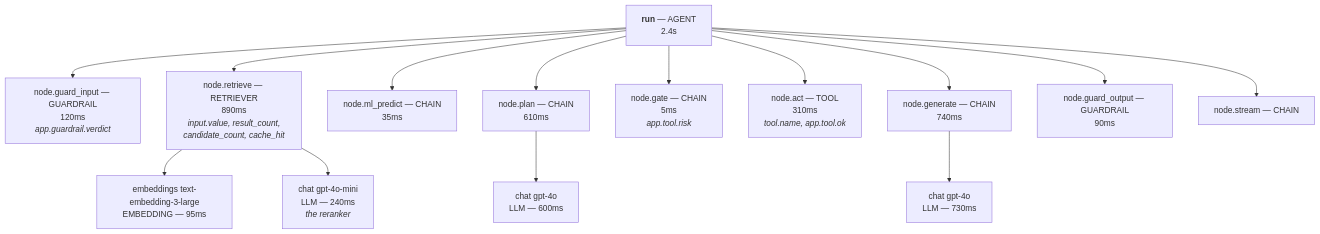
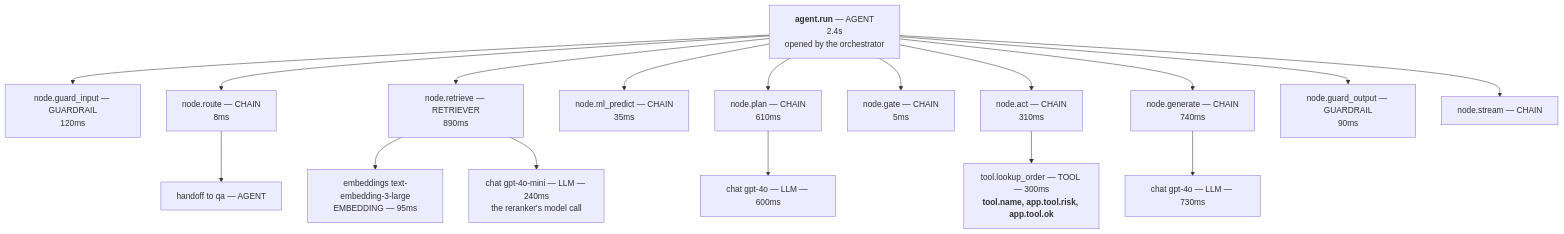
Before and after one commit to yrevash/aegis: the first of 5 diagrams in docs/teaching/observability/40-diagrams.md, drawn with Mermaid. The commit also changed other lines of this file and 111 other files, not shown here.

````diff
--- a/docs/teaching/observability/40-diagrams.md
+++ b/docs/teaching/observability/40-diagrams.md
@@ -36,19 +15,22 @@
 ```mermaid
 flowchart TB
-    RUN["<b>run</b> — AGENT<br/>2.4s"]
+    RUN["<b>agent.run</b> — AGENT<br/>2.4s<br/>opened by the orchestrator"]
 
-    RUN --> GI["node.guard_input — GUARDRAIL<br/>120ms<br/><i>app.guardrail.verdict</i>"]
-    RUN --> RT["node.retrieve — RETRIEVER<br/>890ms<br/><i>input.value, result_count,<br/>candidate_count, cache_hit</i>"]
+    RUN --> GI["node.guard_input — GUARDRAIL<br/>120ms"]
+    RUN --> RO["node.route — CHAIN<br/>8ms"]
+    RUN --> RT["node.retrieve — RETRIEVER<br/>890ms"]
     RUN --> ML["node.ml_predict — CHAIN<br/>35ms"]
     RUN --> PL["node.plan — CHAIN<br/>610ms"]
-    RUN --> GA["node.gate — CHAIN<br/>5ms<br/><i>app.tool.risk</i>"]
-    RUN --> AC["node.act — TOOL<br/>310ms<br/><i>tool.name, app.tool.ok</i>"]
+    RUN --> GA["node.gate — CHAIN<br/>5ms"]
+    RUN --> AC["node.act — CHAIN<br/>310ms"]
     RUN --> GN["node.generate — CHAIN<br/>740ms"]
     RUN --> GO["node.guard_output — GUARDRAIL<br/>90ms"]
     RUN --> ST["node.stream — CHAIN"]
 
+    RO --> HO["handoff to qa — AGENT"]
     RT --> E1["embeddings text-embedding-3-large<br/>EMBEDDING — 95ms"]
-    RT --> RR["chat gpt-4o-mini<br/>LLM — 240ms<br/><i>the reranker</i>"]
-    PL --> P1["chat gpt-4o<br/>LLM — 600ms"]
-    GN --> G1["chat gpt-4o<br/>LLM — 730ms"]
+    RT --> RR["chat gpt-4o-mini — LLM — 240ms<br/>the reranker's model call"]
+    PL --> P1["chat gpt-4o — LLM — 600ms"]
+    AC --> TL["tool.lookup_order — TOOL — 300ms<br/><b>tool.name, app.tool.risk, app.tool.ok</b>"]
+    GN --> G1["chat gpt-4o — LLM — 730ms"]
 ```
````
